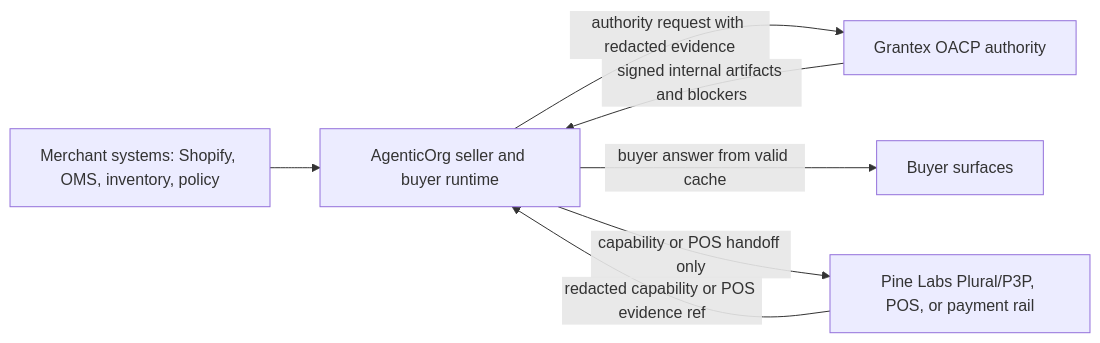
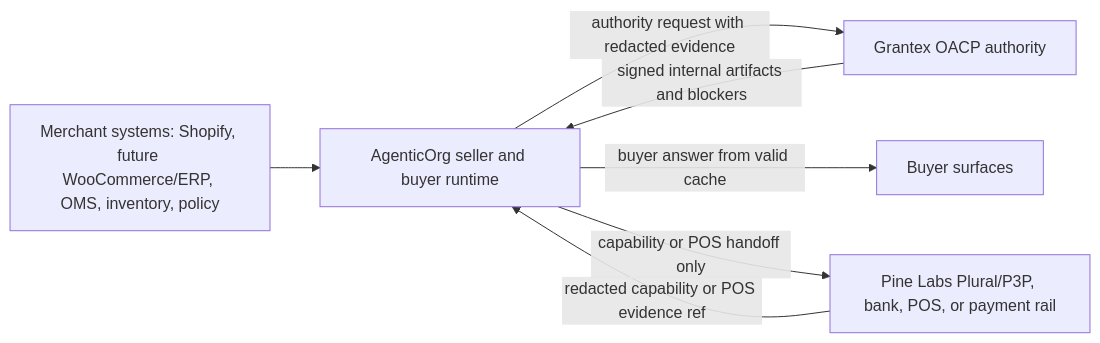
Before and after one commit to mishrasanjeev/grantex: the diagram in docs/guides/oacp/overview.mdx, drawn with Mermaid. The commit also changed other lines of this file and 14 other files, not shown here.

````diff
--- a/docs/guides/oacp/overview.mdx
+++ b/docs/guides/oacp/overview.mdx
@@ -16,9 +16,9 @@
 ```mermaid
 flowchart LR
-  merchant[Merchant systems: Shopify, OMS, inventory, policy] --> agentic[AgenticOrg seller and buyer runtime]
+  merchant[Merchant systems: Shopify, future WooCommerce/ERP, OMS, inventory, policy] --> agentic[AgenticOrg seller and buyer runtime]
   agentic -->|authority request with redacted evidence| grantex[Grantex OACP authority]
   grantex -->|signed internal artifacts and blockers| agentic
   agentic -->|buyer answer from valid cache| buyer[Buyer surfaces]
-  agentic -->|capability or POS handoff only| provider[Pine Labs Plural/P3P, POS, or payment rail]
+  agentic -->|capability or POS handoff only| provider[Pine Labs Plural/P3P, bank, POS, or payment rail]
   provider -->|redacted capability or POS evidence ref| agentic
 ```
````
